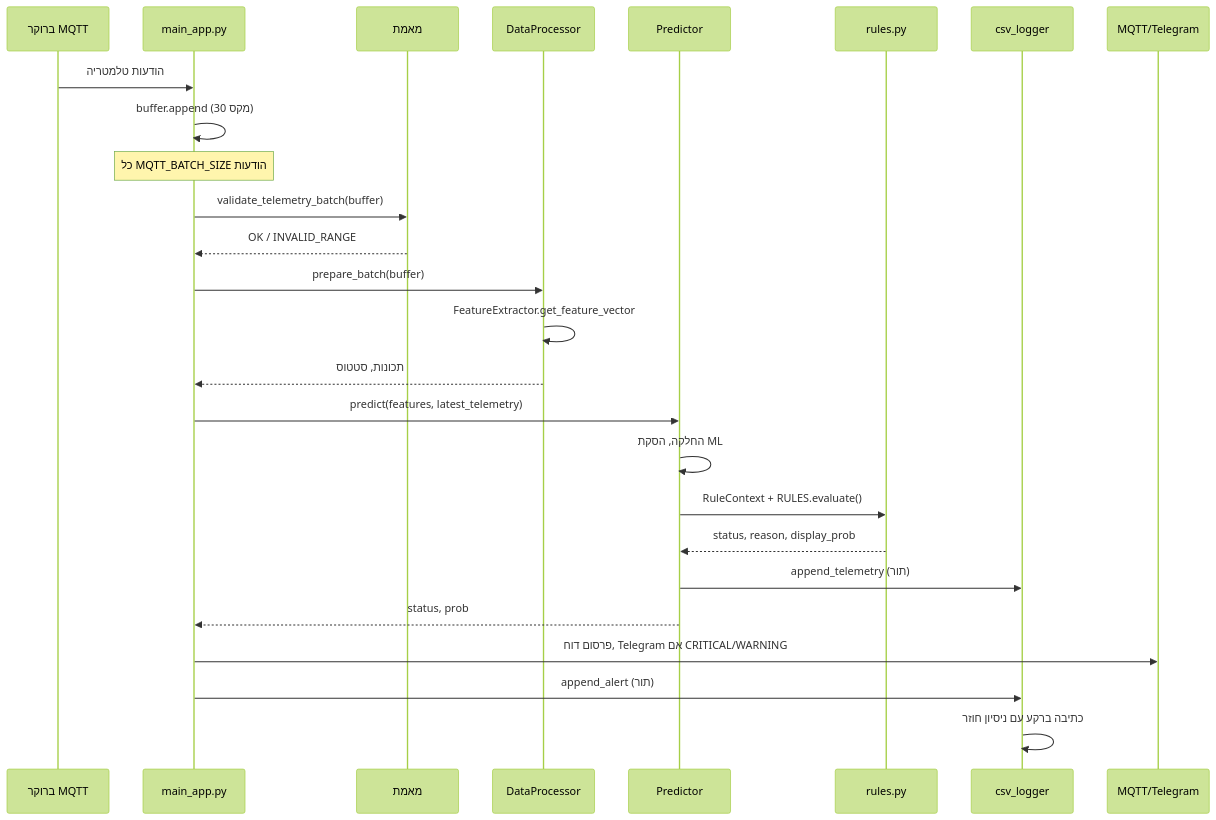
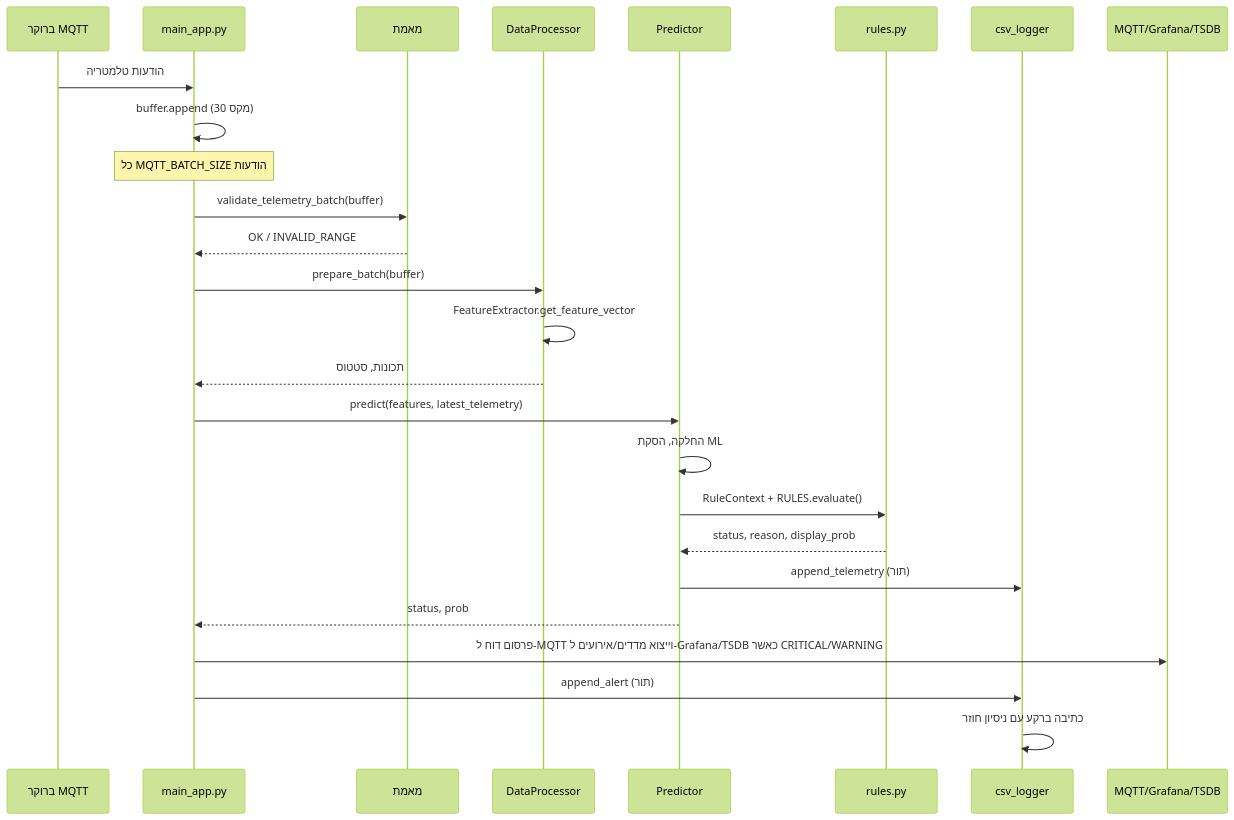
Before and after one commit to plantagenet777/dev-workspace-2026: the second of 3 diagrams in docs/he/ARCHITECTURE.md, drawn with Mermaid (forest theme). The commit also changed other lines of this file and 6 other files, not shown here.

First line of the commit message:
docs: switch architecture and rules output from Telegram to Grafana/TSDB

````diff
--- a/docs/he/ARCHITECTURE.md
+++ b/docs/he/ARCHITECTURE.md
@@ -52,29 +52,29 @@
 ```mermaid
 sequenceDiagram
     participant MQTT as ברוקר MQTT
     participant App as main_app.py
     participant Val as מאמת
     participant Proc as DataProcessor
     participant Pred as Predictor
     participant Rules as rules.py
     participant CSV as csv_logger
-    participant Out as MQTT/Telegram
+    participant Out as MQTT/Grafana/TSDB
 
     MQTT->>App: הודעות טלמטריה
     App->>App: buffer.append (מקס 30)
     Note over App: כל MQTT_BATCH_SIZE הודעות
     App->>Val: validate_telemetry_batch(buffer)
     Val-->>App: OK / INVALID_RANGE
     App->>Proc: prepare_batch(buffer)
     Proc->>Proc: FeatureExtractor.get_feature_vector
     Proc-->>App: תכונות, סטטוס
     App->>Pred: predict(features, latest_telemetry)
     Pred->>Pred: החלקה, הסקת ML
     Pred->>Rules: RuleContext + RULES.evaluate()
     Rules-->>Pred: status, reason, display_prob
     Pred->>CSV: append_telemetry (תור)
     Pred-->>App: status, prob
-    App->>Out: פרסום דוח, Telegram אם CRITICAL/WARNING
+    App->>Out: פרסום דוח ל-MQTT וייצוא מדדים/אירועים ל-Grafana/TSDB כאשר CRITICAL/WARNING
     App->>CSV: append_alert (תור)
     CSV->>CSV: כתיבה ברקע עם ניסיון חוזר
 ```
````
